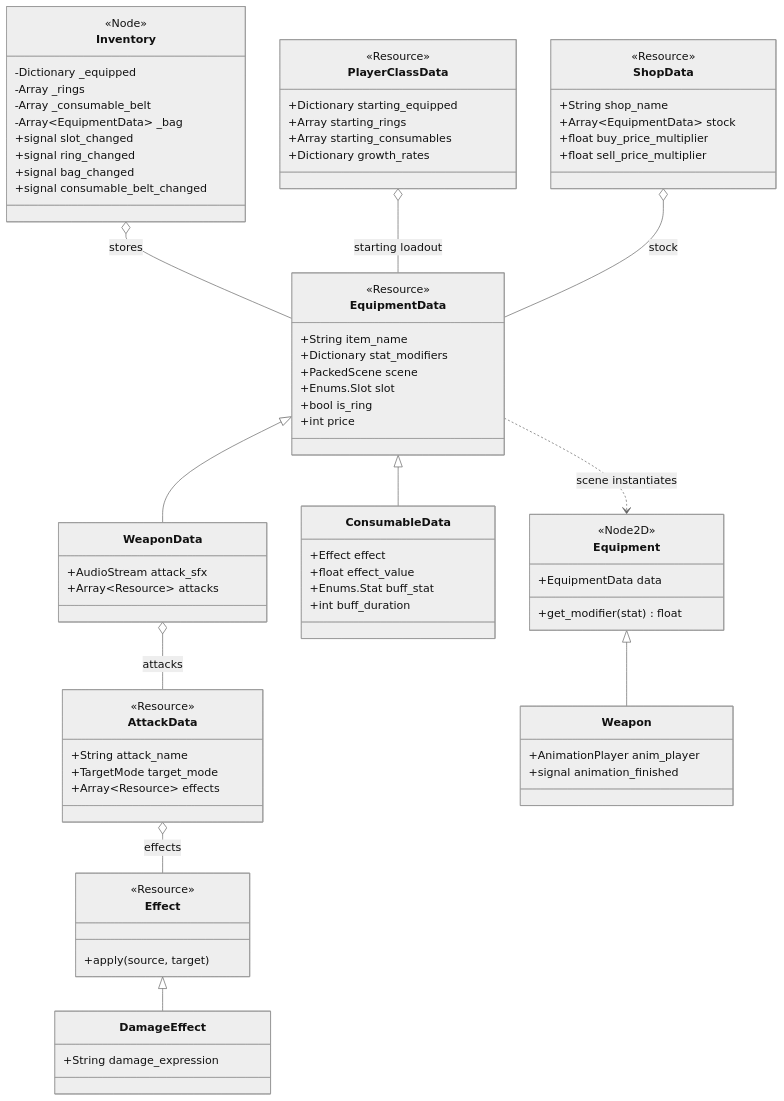
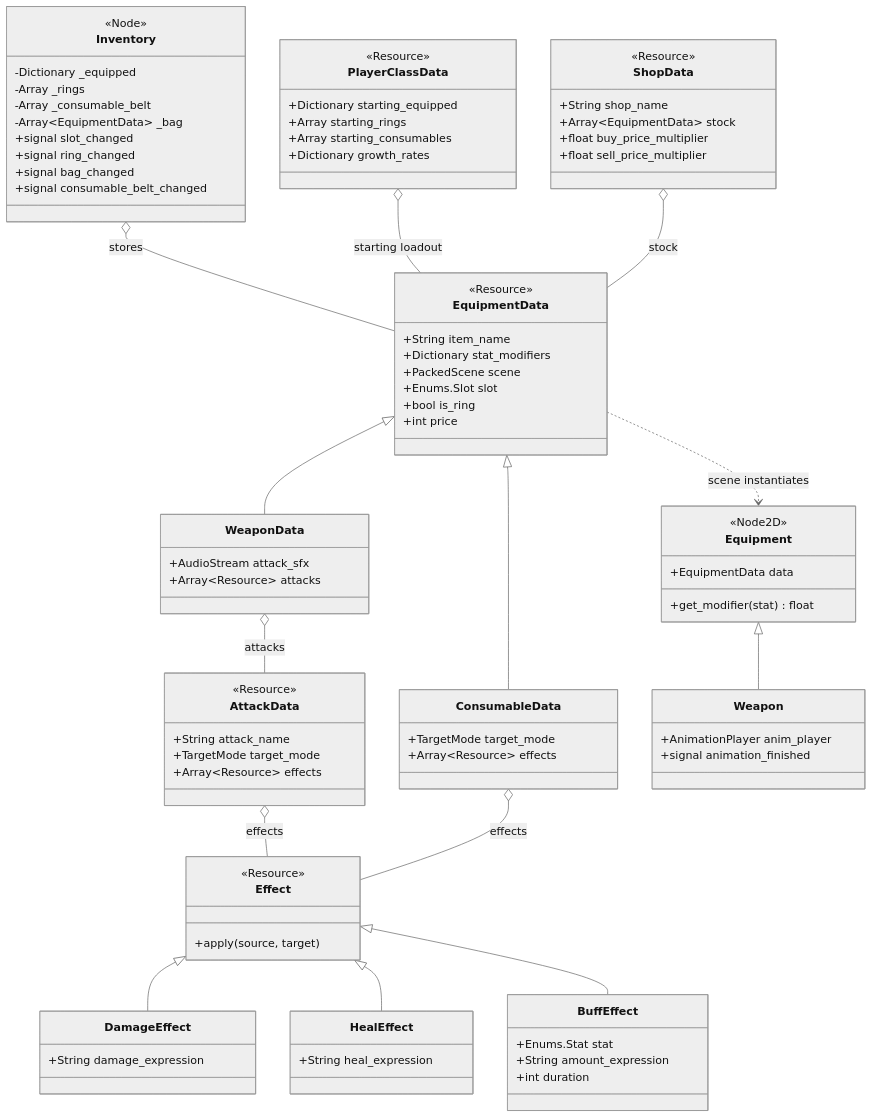
The fourth of 4 diagrams in journal/architecture.md (mjholder/crawler), drawn with Mermaid (neutral theme) before and after one commit. The commit also changed 78 other files, not shown here.

````diff
--- a/journal/architecture.md
+++ b/journal/architecture.md
@@ -186,11 +186,17 @@
     class DamageEffect {
         +String damage_expression
     }
+    class HealEffect {
+        +String heal_expression
+    }
+    class BuffEffect {
+        +Enums.Stat stat
+        +String amount_expression
+        +int duration
+    }
     class ConsumableData {
-        +Effect effect
-        +float effect_value
-        +Enums.Stat buff_stat
-        +int buff_duration
+        +TargetMode target_mode
+        +Array~Resource~ effects
     }
     class PlayerClassData {
         <<Resource>>
@@ -236,5 +242,8 @@
     ShopData o-- EquipmentData : stock
     WeaponData o-- AttackData : attacks
     AttackData o-- Effect : effects
+    ConsumableData o-- Effect : effects
     Effect <|-- DamageEffect
+    Effect <|-- HealEffect
+    Effect <|-- BuffEffect
 ```
````
